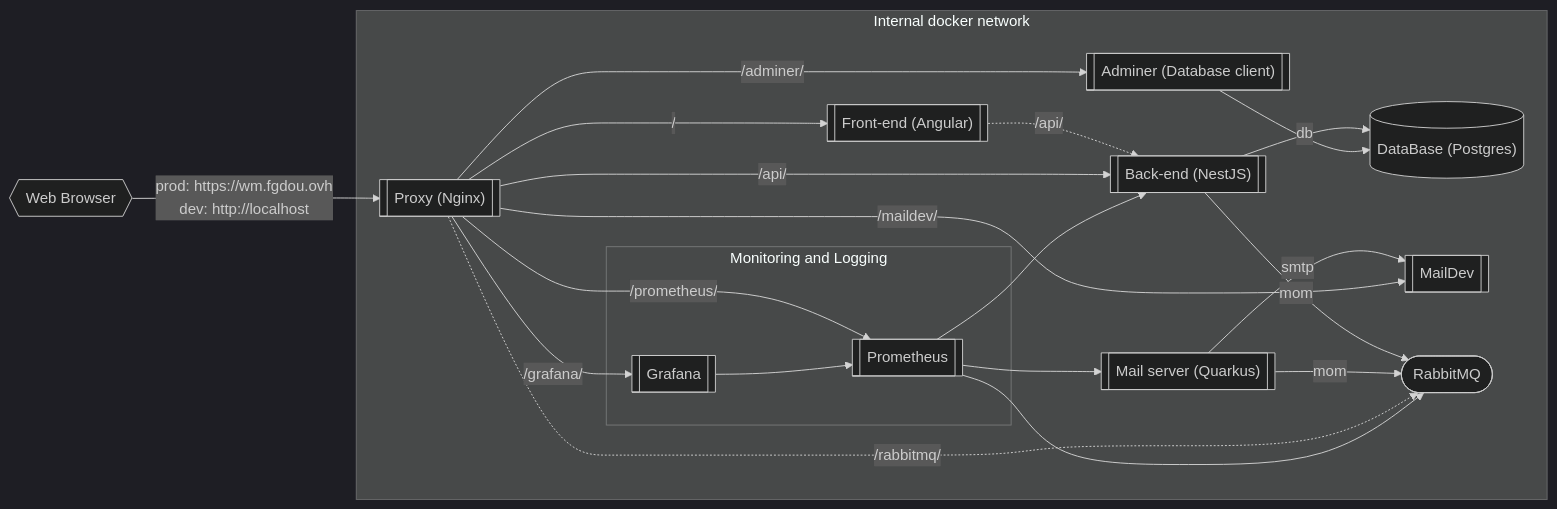
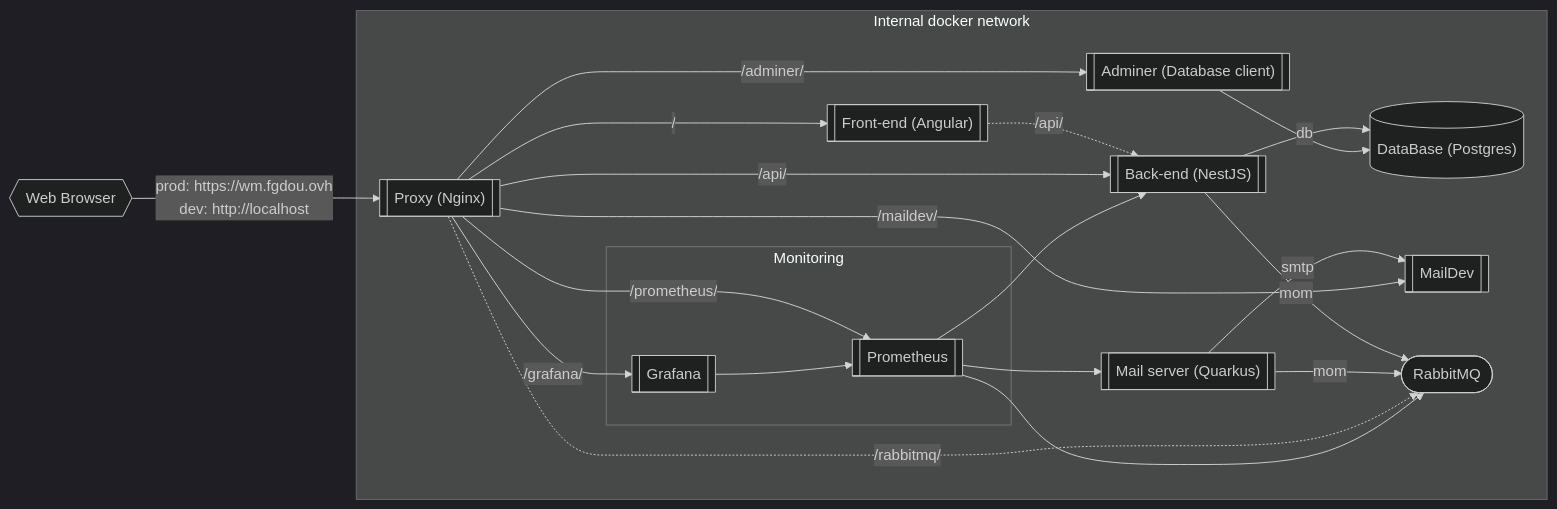
The diagram in doc/services.md (CodyAdam/my-admin-panel), drawn with Mermaid (dark theme) before and after one commit. The commit also changed other lines of this file, not shown here.

````diff
--- a/doc/services.md
+++ b/doc/services.md
@@ -3,43 +3,43 @@
 ```mermaid
 flowchart LR
     user{{Web Browser}}
     
     subgraph "Internal docker network"
         db[("DataBase (Postgres)")]
         quarkus[["Mail server (Quarkus)"]]
         maildev[["MailDev"]]
         mom(["RabbitMQ"])
         proxy[["Proxy (Nginx)"]]
         front[["Front-end (Angular)"]]
         back[["Back-end (NestJS)"]]
         adminer[["Adminer (Database client)"]]
         
-        subgraph "Monitoring and Logging"
+        subgraph "Monitoring"
             prometheus[["Prometheus"]]
             grafana[["Grafana"]]
         end
     end
     
     user --> | prod: https://wm.fgdou.ovh \n dev: http://localhost | proxy
 
     front .-> | /api/ | back
     back --> |db| db
     back --> |mom| mom
     quarkus --> |mom| mom
     quarkus --> |smtp| maildev
     adminer --> db
     
     proxy --> | /api/ | back
     proxy --> | / | front
     proxy .-> | /rabbitmq/ | mom
     proxy --> | /maildev/ | maildev
     proxy --> | /adminer/ | adminer
     proxy --> | /prometheus/ | prometheus
     proxy --> | /grafana/ | grafana
     
     prometheus --> back
     prometheus --> mom
     prometheus --> quarkus
     
     grafana --> prometheus
 ```
````
